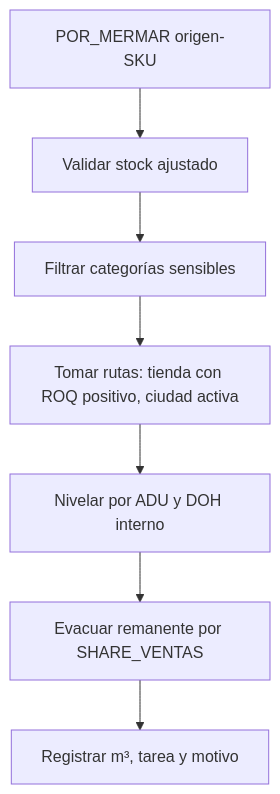
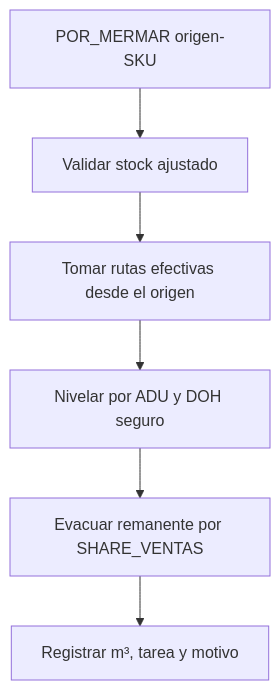
One commit to bryanzuniga-rappi/MOTHER_BASE changed the fifth of 6 diagrams in README.md. Above: the diagram before and after it, drawn with Mermaid. The commit also changed other lines of this file, not shown here.

````diff
--- a/README.md
+++ b/README.md
@@ -396,9 +412,8 @@
 ```mermaid
 flowchart TD
     A["POR_MERMAR origen-SKU"] --> B["Validar stock ajustado"]
-    B --> C["Filtrar categorías sensibles"]
-    C --> D["Tomar rutas: tienda con ROQ positivo, ciudad activa"]
-    D --> E["Nivelar por ADU y DOH interno"]
-    E --> F["Evacuar remanente por SHARE_VENTAS"]
-    F --> G["Registrar m³, tarea y motivo"]
+    B --> C["Tomar rutas efectivas desde el origen"]
+    C --> D["Nivelar por ADU y DOH seguro"]
+    D --> E["Evacuar remanente por SHARE_VENTAS"]
+    E --> F["Registrar m³, tarea y motivo"]
 ```
````
